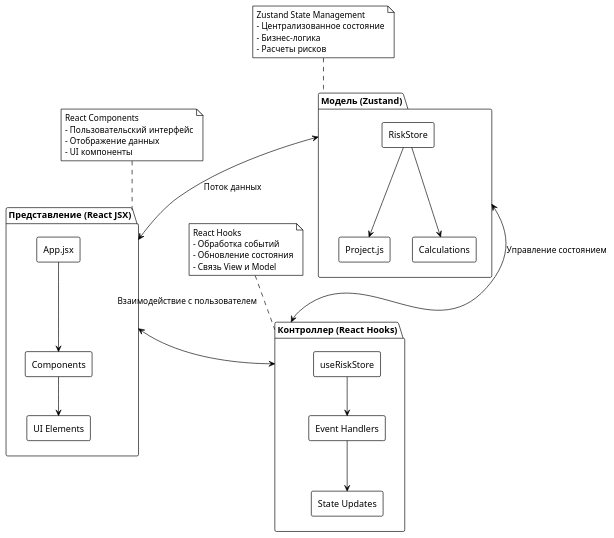
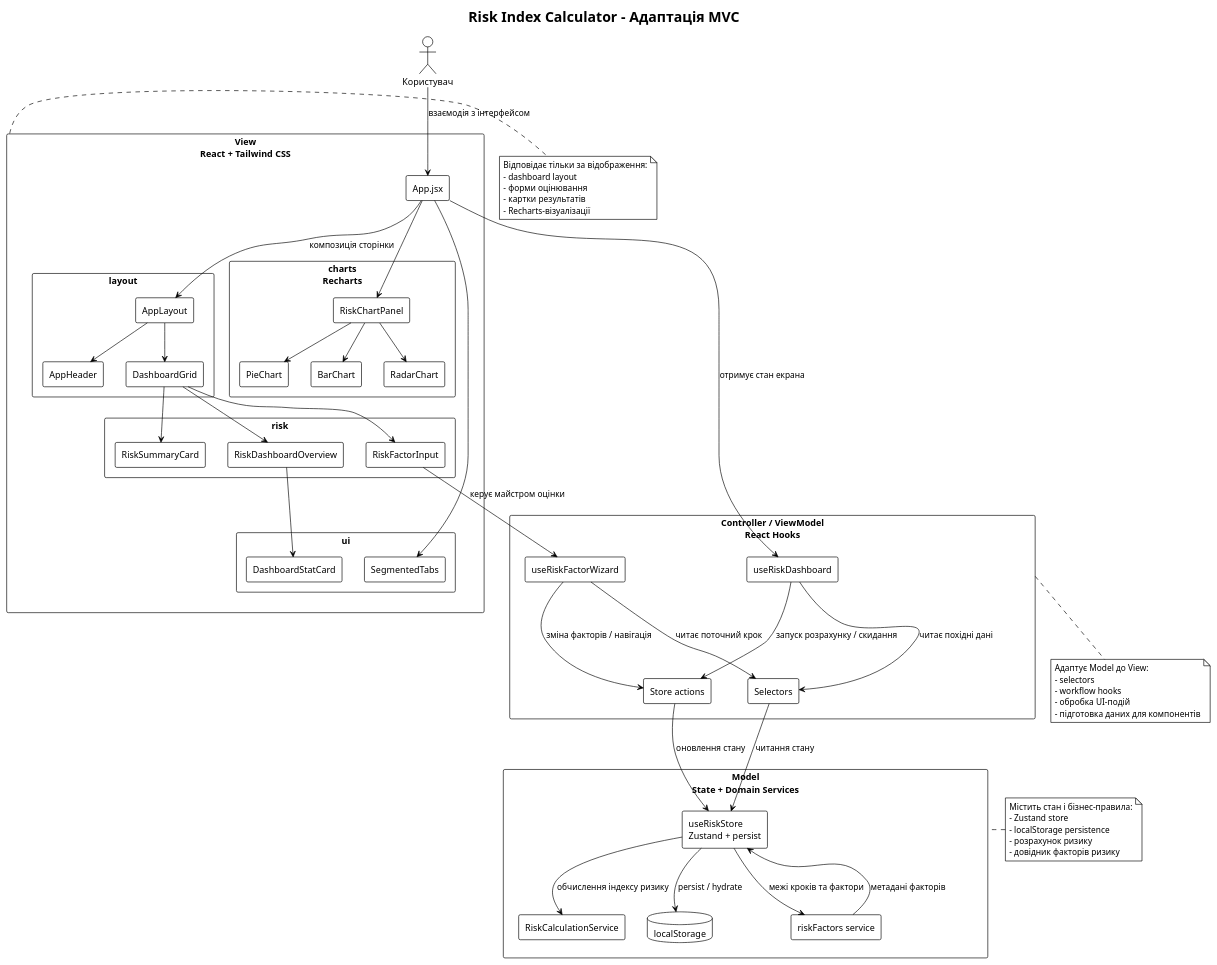
Before and after one commit to Ivan-Kukshyn/InnoRiskCalculator: the diagram in UML/Model-View-Controller (MVC) adaptadion.puml, drawn with PlantUML. The commit also changed 21143 other files, not shown here.

```diff
--- a/UML/Model-View-Controller (MVC) adaptadion.puml
+++ b/UML/Model-View-Controller (MVC) adaptadion.puml
@@ -1,58 +1,103 @@
 @startuml MVC_Adaptation
 !theme plain
 skinparam backgroundColor White
 skinparam componentStyle rectangle
+skinparam packageStyle rectangle
+skinparam shadowing false
 
-package "Модель (Zustand)" as Model {
-  component "RiskStore" as RiskStore
-  component "Project.js" as Project
-  component "Calculations" as Calc
+title Risk Index Calculator - Адаптація MVC
+
+actor "Користувач" as User
+
+package "View\nReact + Tailwind CSS" as View {
+  component "App.jsx" as App
+  package "layout" {
+    component "AppLayout" as AppLayout
+    component "AppHeader" as AppHeader
+    component "DashboardGrid" as DashboardGrid
+  }
+  package "risk" {
+    component "RiskDashboardOverview" as Overview
+    component "RiskFactorInput" as RiskInput
+    component "RiskSummaryCard" as Summary
+  }
+  package "charts\nRecharts" {
+    component "RiskChartPanel" as ChartPanel
+    component "BarChart" as BarChart
+    component "RadarChart" as RadarChart
+    component "PieChart" as PieChart
+  }
+  package "ui" {
+    component "SegmentedTabs" as Tabs
+    component "DashboardStatCard" as StatCard
+  }
 }
 
-package "Представление (React JSX)" as View {
-  component "App.jsx" as App
-  component "Components" as Components
-  component "UI Elements" as UIElements
+package "Controller / ViewModel\nReact Hooks" as Controller {
+  component "useRiskDashboard" as DashboardHook
+  component "useRiskFactorWizard" as WizardHook
+  component "Store actions" as StoreActions
+  component "Selectors" as Selectors
 }
 
-package "Контроллер (React Hooks)" as Controller {
-  component "useRiskStore" as useRiskStore
-  component "Event Handlers" as EventHandlers
-  component "State Updates" as StateUpdates
+package "Model\nState + Domain Services" as Model {
+  component "useRiskStore\nZustand + persist" as Store
+  component "RiskCalculationService" as CalcService
+  component "riskFactors service" as FactorService
+  database "localStorage" as LocalStorage
 }
 
-' Двунаправленные отношения
-Model <--> View : Поток данных
-View <--> Controller : Взаимодействие с пользователем
-Controller <--> Model : Управление состоянием
+User --> App : взаємодія з інтерфейсом
 
-' Внутренние отношения
-RiskStore --> Project
-RiskStore --> Calc
-App --> Components
-Components --> UIElements
-useRiskStore --> EventHandlers
-EventHandlers --> StateUpdates
+App --> AppLayout : композиція сторінки
+AppLayout --> AppHeader
+AppLayout --> DashboardGrid
+DashboardGrid --> Overview
+DashboardGrid --> RiskInput
+DashboardGrid --> Summary
+App --> ChartPanel
+App --> Tabs
+Overview --> StatCard
+ChartPanel --> BarChart
+ChartPanel --> RadarChart
+ChartPanel --> PieChart
 
-note top of Model
-  Zustand State Management
-  - Централизованное состояние
-  - Бизнес-логика
-  - Расчеты рисков
+App --> DashboardHook : отримує стан екрана
+RiskInput --> WizardHook : керує майстром оцінки
+DashboardHook --> Selectors : читає похідні дані
+WizardHook --> Selectors : читає поточний крок
+DashboardHook --> StoreActions : запуск розрахунку / скидання
+WizardHook --> StoreActions : зміна факторів / навігація
+
+Selectors --> Store : читання стану
+StoreActions --> Store : оновлення стану
+Store --> CalcService : обчислення індексу ризику
+Store --> FactorService : межі кроків та фактори
+Store --> LocalStorage : persist / hydrate
+FactorService --> Store : метадані факторів
+
+note right of View
+  Відповідає тільки за відображення:
+  - dashboard layout
+  - форми оцінювання
+  - картки результатів
+  - Recharts-візуалізації
 end note
 
-note top of View
-  React Components
-  - Пользовательский интерфейс
-  - Отображение данных
-  - UI компоненты
+note bottom of Controller
+  Адаптує Model до View:
+  - selectors
+  - workflow hooks
+  - обробка UI-подій
+  - підготовка даних для компонентів
 end note
 
-note top of Controller
-  React Hooks
-  - Обработка событий
-  - Обновление состояния
-  - Связь View и Model
+note left of Model
+  Містить стан і бізнес-правила:
+  - Zustand store
+  - localStorage persistence
+  - розрахунок ризику
+  - довідник факторів ризику
 end note
 
 @enduml
```
